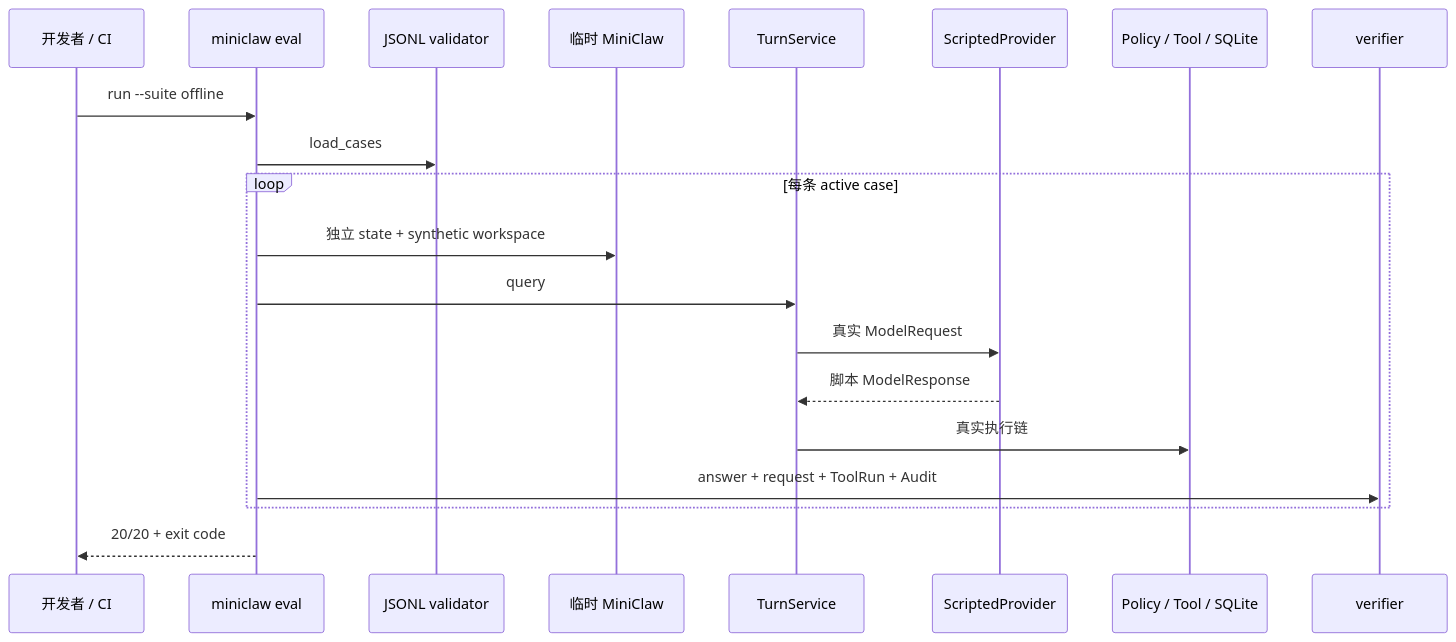
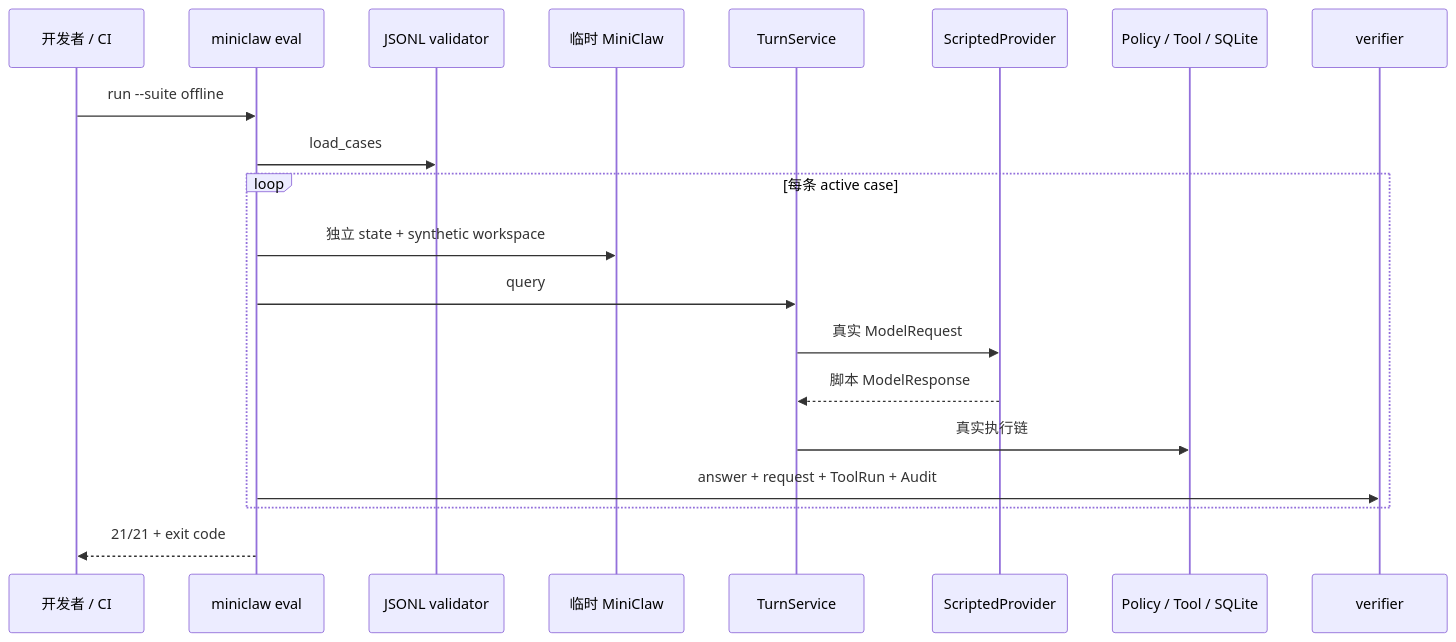
The ninth of 9 diagrams in docs/architecture/20260807_系统架构.md (NEDONION/lobster0), drawn with Mermaid before and after one commit. The commit also changed 26 other files, not shown here.

````diff
--- a/docs/architecture/20260807_系统架构.md
+++ b/docs/architecture/20260807_系统架构.md
@@ -222,23 +222,23 @@
 ```mermaid
 sequenceDiagram
     participant Dev as 开发者 / CI
     participant CLI as miniclaw eval
     participant Loader as JSONL validator
     participant Temp as 临时 MiniClaw
     participant Turn as TurnService
     participant Fake as ScriptedProvider
     participant Tool as Policy / Tool / SQLite
     participant Verify as verifier
 
     Dev->>CLI: run --suite offline
     CLI->>Loader: load_cases
     loop 每条 active case
         CLI->>Temp: 独立 state + synthetic workspace
         CLI->>Turn: query
         Turn->>Fake: 真实 ModelRequest
         Fake-->>Turn: 脚本 ModelResponse
         Turn->>Tool: 真实执行链
         CLI->>Verify: answer + request + ToolRun + Audit
     end
-    CLI-->>Dev: 20/20 + exit code
+    CLI-->>Dev: 21/21 + exit code
 ```
````
